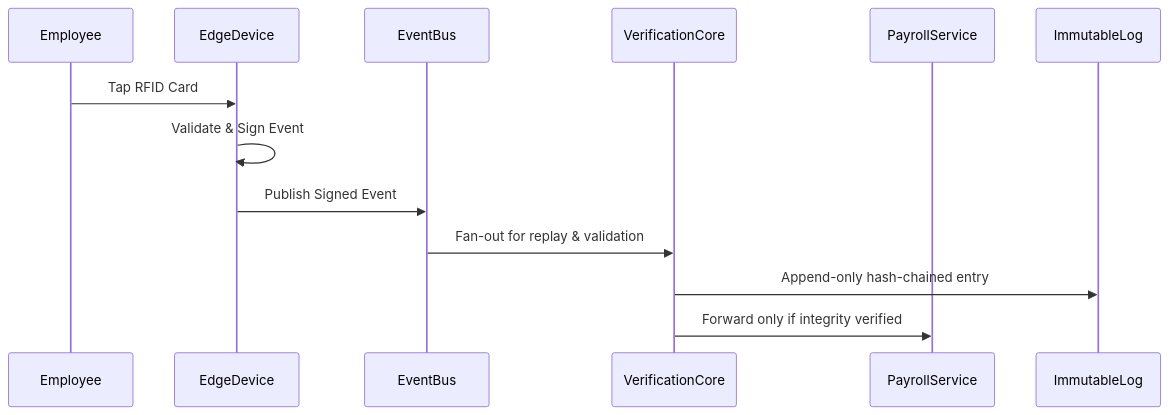
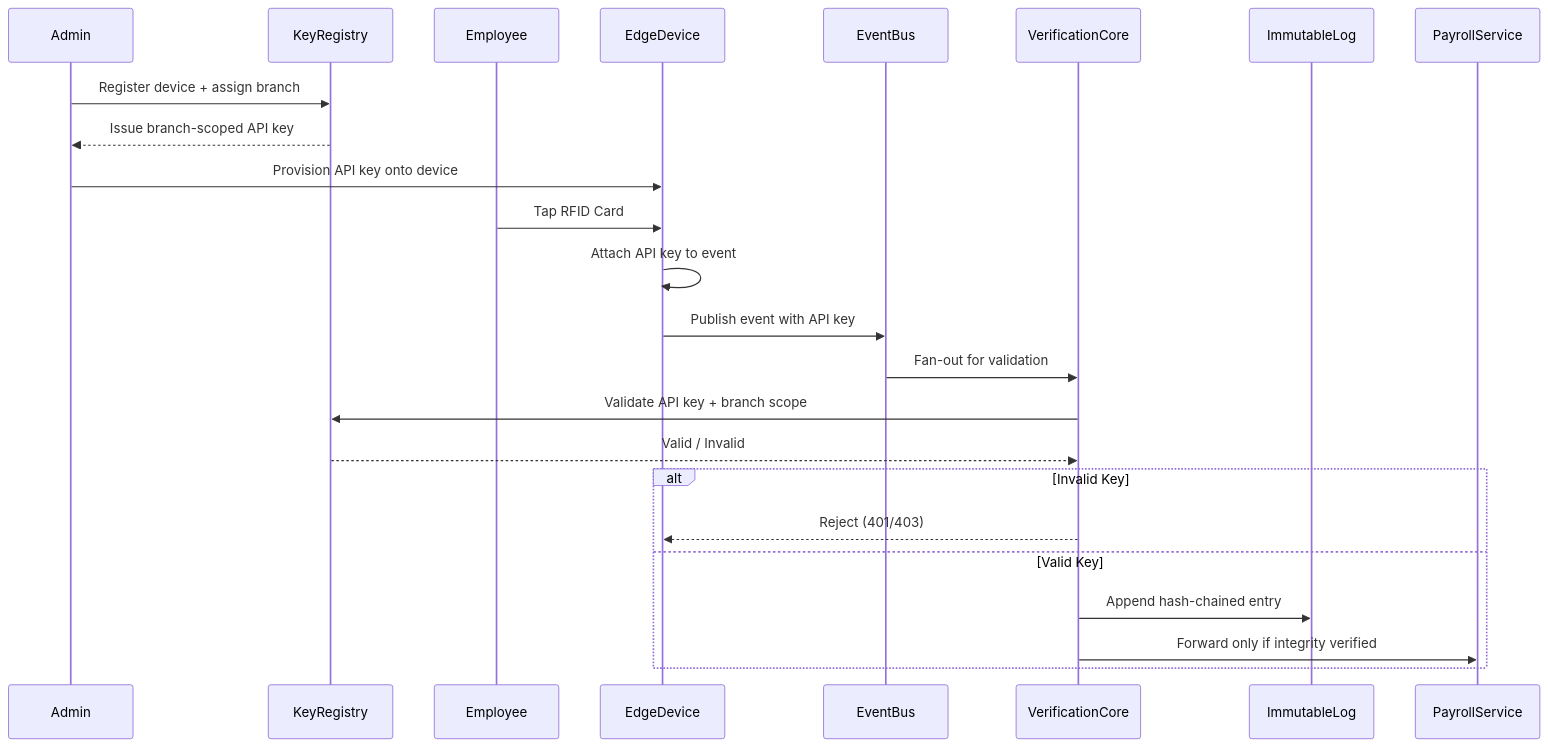
The third of 3 diagrams in docs/workflows/integrations/patentable-proposal/rfid-replayable-event-log-proposal.md (cap-bato/cameco), drawn with Mermaid before and after one commit. The commit also changed other lines of this file, not shown here.

First line of the commit message:
Refine RFID event log proposal with new innovations

````diff
--- a/docs/workflows/integrations/patentable-proposal/rfid-replayable-event-log-proposal.md
+++ b/docs/workflows/integrations/patentable-proposal/rfid-replayable-event-log-proposal.md
@@ -153,14 +218,28 @@
 ```mermaid
 sequenceDiagram
+  participant Admin
+  participant KeyRegistry
   participant Employee
   participant EdgeDevice
   participant EventBus
   participant VerificationCore
+  participant ImmutableLog
   participant PayrollService
+
+  Admin->>KeyRegistry: Register device + assign branch
+  KeyRegistry-->>Admin: Issue branch-scoped API key
+  Admin->>EdgeDevice: Provision API key onto device
+
   Employee->>EdgeDevice: Tap RFID Card
-  EdgeDevice->>EdgeDevice: Validate & Sign Event
-  EdgeDevice->>EventBus: Publish Signed Event
-  EventBus->>VerificationCore: Fan-out for replay & validation
-  VerificationCore->>ImmutableLog: Append-only hash-chained entry
-  VerificationCore->>PayrollService: Forward only if integrity verified
+  EdgeDevice->>EdgeDevice: Attach API key to event
+  EdgeDevice->>EventBus: Publish event with API key
+  EventBus->>VerificationCore: Fan-out for validation
+  VerificationCore->>KeyRegistry: Validate API key + branch scope
+  KeyRegistry-->>VerificationCore: Valid / Invalid
+  alt Invalid Key
+    VerificationCore-->>EdgeDevice: Reject (401/403)
+  else Valid Key
+    VerificationCore->>ImmutableLog: Append hash-chained entry
+    VerificationCore->>PayrollService: Forward only if integrity verified
+  end
 ```
````
